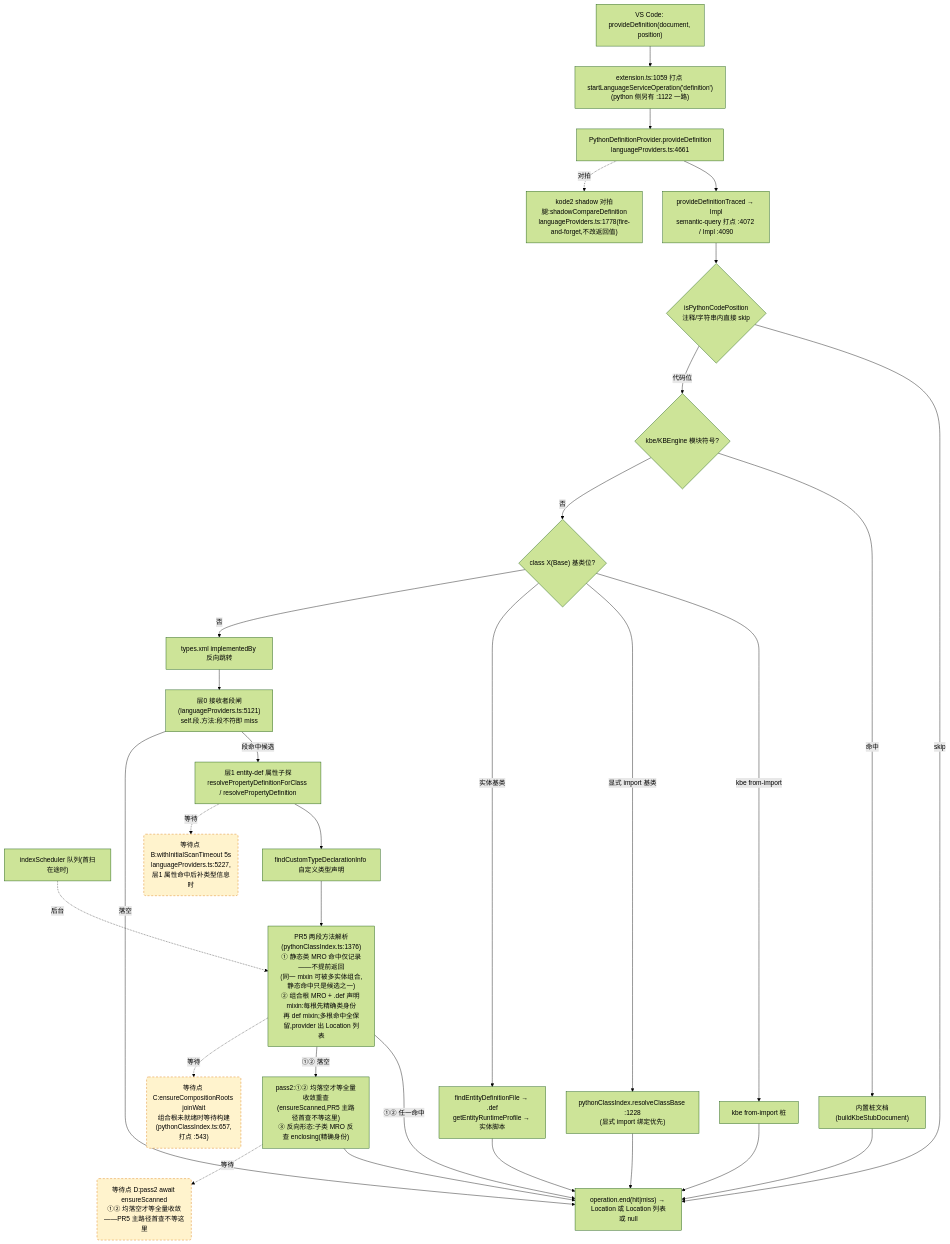
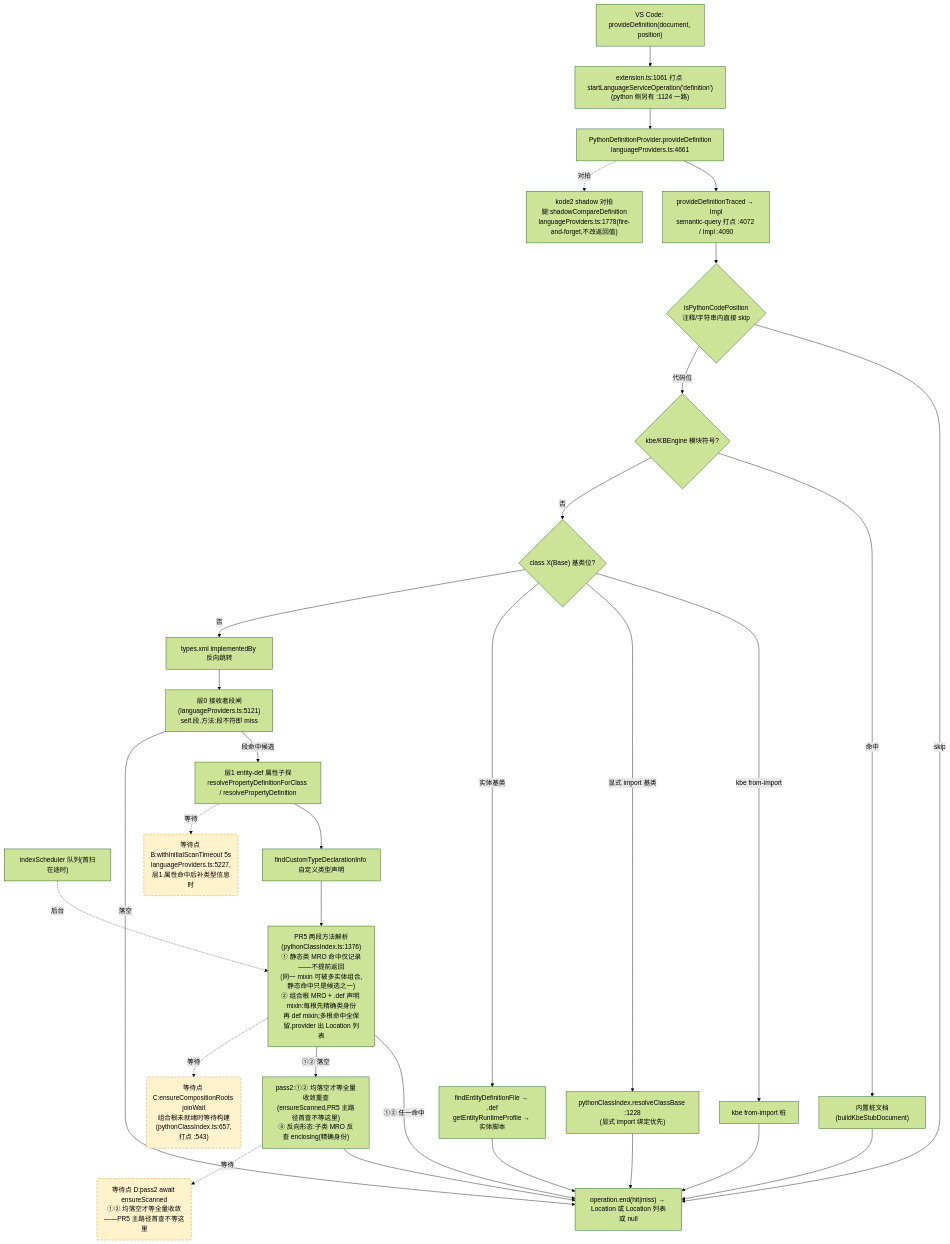
Before and after one commit to cuihairu/kode: the second of 4 diagrams in docs/perf/2026-baseline.md, drawn with Mermaid (forest theme). The commit also changed other lines of this file and 1 other file, not shown here.

Commit message:
fix(KODE-AUD-001): recalibrate perf callchain doc anchors after extension line shifts

````diff
--- a/docs/perf/2026-baseline.md
+++ b/docs/perf/2026-baseline.md
@@ -130,51 +130,51 @@
 ```mermaid
 flowchart TD
   VC2["VS Code: provideDefinition(document, position)"]
-  M2["extension.ts:1059 打点 startLanguageServiceOperation('definition')<br/>(python 侧另有 :1122 一路)"]
+  M2["extension.ts:1061 打点 startLanguageServiceOperation('definition')<br/>(python 侧另有 :1124 一路)"]
   AD2["PythonDefinitionProvider.provideDefinition<br/>languageProviders.ts:4661"]
   TR["provideDefinitionTraced → Impl<br/>semantic-query 打点 :4072 / Impl :4090"]
   CTX{"isPythonCodePosition<br/>注释/字符串内直接 skip"}
   KBE{"kbe/KBEngine 模块符号?"}
   STUB["内置桩文档(buildKbeStubDocument)"]
   CB{"class X(Base) 基类位?"}
   CB1["kbe from-import 桩"]
   CB2["pythonClassIndex.resolveClassBase :1228<br/>(显式 import 绑定优先)"]
   CB3["findEntityDefinitionFile → .def<br/>getEntityRuntimeProfile → 实体脚本"]
   REV["types.xml implementedBy 反向跳转"]
   L0["层0 接收者段闸(languageProviders.ts:5121)<br/>self.段.方法:段不符即 miss"]
   L1["层1 entity-def 属性子探<br/>resolvePropertyDefinitionForClass / resolvePropertyDefinition"]
   SCAN["indexScheduler 队列(首扫在途时)"]
   TY["findCustomTypeDeclarationInfo 自定义类型声明"]
   MRO["PR5 两段方法解析(pythonClassIndex.ts:1376)<br/>① 静态类 MRO 命中仅记录——不提前返回<br/>(同一 mixin 可被多实体组合,静态命中只是候选之一)<br/>② 组合根 MRO + .def 声明 mixin:每根先精确类身份<br/>再 def mixin;多根命中全保留,provider 出 Location 列表"]
   PASS2["pass2:①② 均落空才等全量收敛重查<br/>(ensureScanned,PR5 主路径首查不等这里)<br/>③ 反向形态:子类 MRO 反查 enclosing(精确身份)"]
   SHD["kode2 shadow 对拍腿:shadowCompareDefinition<br/>languageProviders.ts:1778(fire-and-forget,不改返回值)"]
   END2["operation.end(hit|miss) → Location 或 Location 列表或 null"]
 
   VC2 --> M2 --> AD2 --> TR --> CTX
   CTX -- "skip" --> END2
   CTX -- "代码位" --> KBE
   KBE -- "命中" --> STUB --> END2
   KBE -- "否" --> CB
   CB -- "kbe from-import" --> CB1 --> END2
   CB -- "显式 import 基类" --> CB2 --> END2
   CB -- "实体基类" --> CB3 --> END2
   CB -- "否" --> REV --> L0
   L0 -- "段命中候选" --> L1
   L0 -- "落空" --> END2
   L1 --> TY
   TY --> MRO
   MRO -- "①② 任一命中" --> END2
   MRO -- "①② 落空" --> PASS2 --> END2
   AD2 -.->|对拍| SHD
 
   WAITB("等待点 B:withInitialScanTimeout 5s<br/>languageProviders.ts:5227,层1 属性命中后补类型信息时")
   WAITC("等待点 C:ensureCompositionRoots joinWait<br/>组合根未就绪时等待构建(pythonClassIndex.ts:657,打点 :543)")
   WAITD("等待点 D:pass2 await ensureScanned<br/>①② 均落空才等全量收敛——PR5 主路径首查不等这里")
   L1 -.->|等待| WAITB
   MRO -.->|等待| WAITC
   PASS2 -.->|等待| WAITD
   SCAN -.->|后台| MRO
 
   classDef waitPoint fill:#fff3cd,stroke:#d97706,stroke-dasharray:5 4;
   class WAITB,WAITC,WAITD waitPoint;
 ```
````
